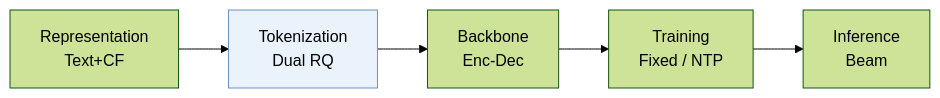
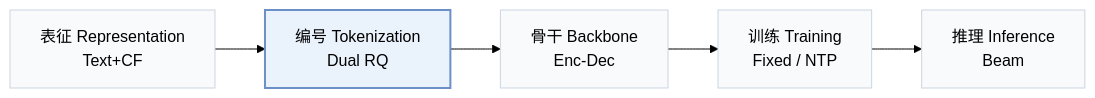
Before and after one commit to Galaxy-ghost/Awesome-SID-Generative-Rec: the first of 2 diagrams in pages/zh/papers/das.md, drawn with Mermaid (forest theme). The commit also changed other lines of this file and 649 other files, not shown here.

Commit message:
writer-05: also tags and modality index (schema, check, build, visuals); summary field removed; calibration data for 12 papers

````diff
--- a/pages/zh/papers/das.md
+++ b/pages/zh/papers/das.md
@@ -13,6 +15,8 @@
 ```mermaid
 flowchart LR
-    R["Representation<br/>Text+CF"] --> T["Tokenization<br/>Dual RQ"] --> B["Backbone<br/>Enc-Dec"] --> TR["Training<br/>Fixed / NTP"] --> I["Inference<br/>Beam"]
-    classDef main fill:#eaf2fb,stroke:#6b8fc7
+    R["表征 Representation<br/>Text+CF"] --> T["编号 Tokenization<br/>Dual RQ"] --> B["骨干 Backbone<br/>Enc-Dec"] --> TR["训练 Training<br/>Fixed / NTP"] --> I["推理 Inference<br/>Beam"]
+    classDef base fill:#f8fafc,stroke:#cbd5e1
+    class R,T,B,TR,I base
+    classDef main fill:#eaf2fb,stroke:#6b8fc7,stroke-width:2px
     class T main
 ```
````
